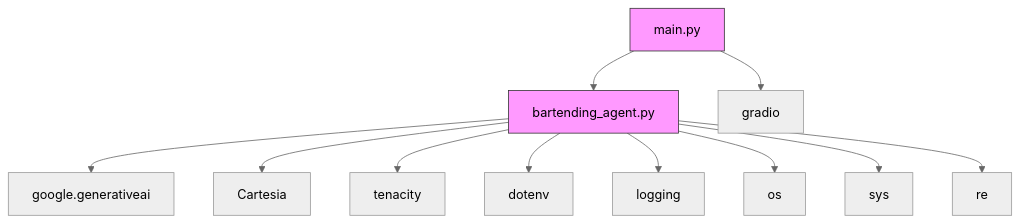
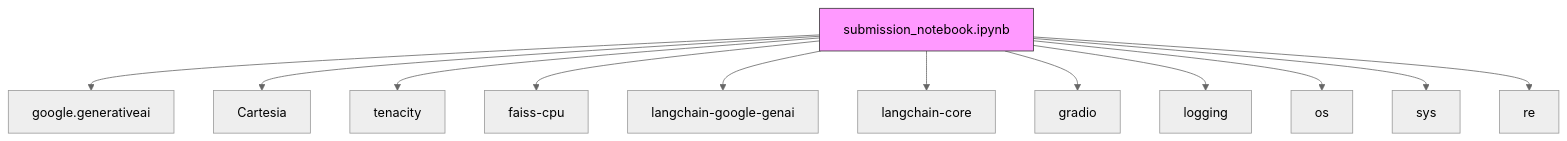
The seventh of 7 diagrams in .qoder/repowiki/en/content/Core Components/bartending_agent.py - Core Business Logic.md (MOK-5-ha/MayaBartendingAgent), drawn with Mermaid (neutral theme) before and after one commit. The commit also changed other lines of this file and 14 other files, not shown here.

````diff
--- a/.qoder/repowiki/en/content/Core Components/bartending_agent.py - Core Business Logic.md
+++ b/.qoder/repowiki/en/content/Core Components/bartending_agent.py - Core Business Logic.md
@@ -165,15 +214,15 @@
 ```mermaid
 graph TD
-BA[bartending_agent.py] --> GAI[google.generativeai]
-BA --> CART[Cartesia]
-BA --> TEN[tenacity]
-BA --> DOT[dotenv]
-BA --> LOG[logging]
-BA --> OS[os]
-BA --> SYS[sys]
-BA --> RE[re]
-MAIN[main.py] --> GR[gradio]
-MAIN --> BA
-style BA fill:#f9f,stroke:#333
-style MAIN fill:#f9f,stroke:#333
+NB[submission_notebook.ipynb] --> GAI[google.generativeai]
+NB --> CART[Cartesia]
+NB --> TEN[tenacity]
+NB --> FAISS[faiss-cpu]
+NB --> LANG[langchain-google-genai]
+NB --> LANGCORE[langchain-core]
+NB --> GR[gradio]
+NB --> LOG[logging]
+NB --> OS[os]
+NB --> SYS[sys]
+NB --> RE[re]
+style NB fill:#f9f,stroke:#333
 ```
````
